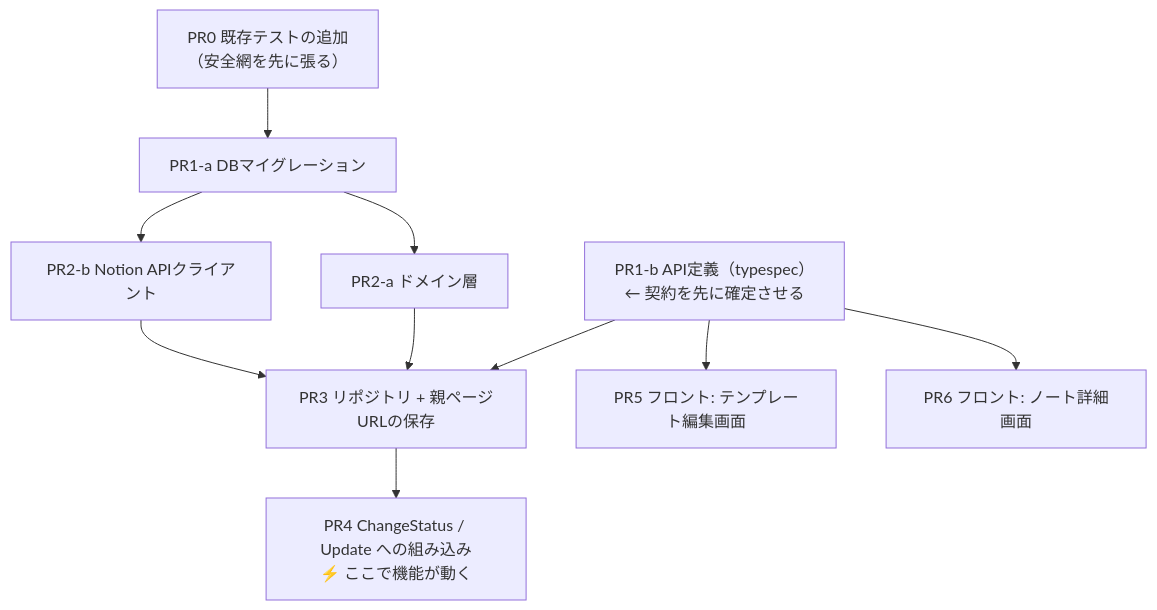
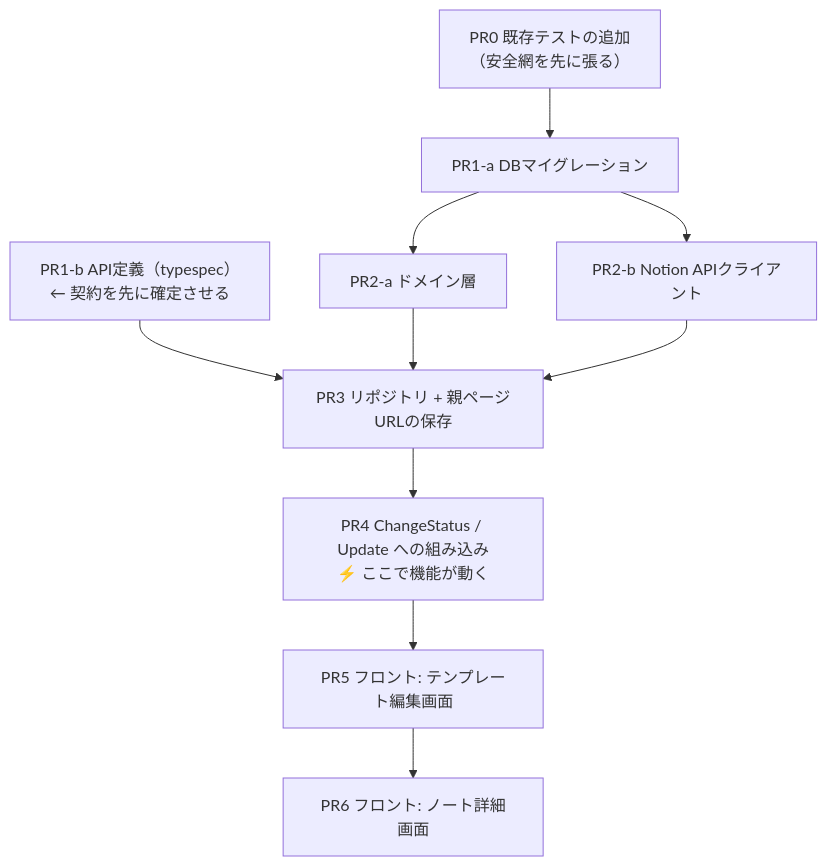
The diagram in docs/feature_development/04_work_breakdown.md (YukiOnishi1129/immortal-architecture-notion), drawn with Mermaid before and after one commit. The commit also changed other lines of this file and 5 other files, not shown here.

````diff
--- a/docs/feature_development/04_work_breakdown.md
+++ b/docs/feature_development/04_work_breakdown.md
@@ -43,22 +43,22 @@
 ```mermaid
 flowchart TD
     PR0["PR0 既存テストの追加<br/>（安全網を先に張る）"]
     PR1a["PR1-a DBマイグレーション"]
     PR1b["PR1-b API定義（typespec）<br/>← 契約を先に確定させる"]
     PR2a["PR2-a ドメイン層"]
     PR2b["PR2-b Notion APIクライアント"]
     PR3["PR3 リポジトリ + 親ページURLの保存"]
     PR4["PR4 ChangeStatus / Update への組み込み<br/>⚡ ここで機能が動く"]
     PR5["PR5 フロント: テンプレート編集画面"]
     PR6["PR6 フロント: ノート詳細画面"]
 
     PR0 --> PR1a
     PR1a --> PR2a
     PR1a --> PR2b
     PR1b --> PR3
-    PR1b --> PR5
-    PR1b --> PR6
     PR2a --> PR3
     PR2b --> PR3
     PR3 --> PR4
+    PR4 --> PR5
+    PR5 --> PR6
 ```
````
